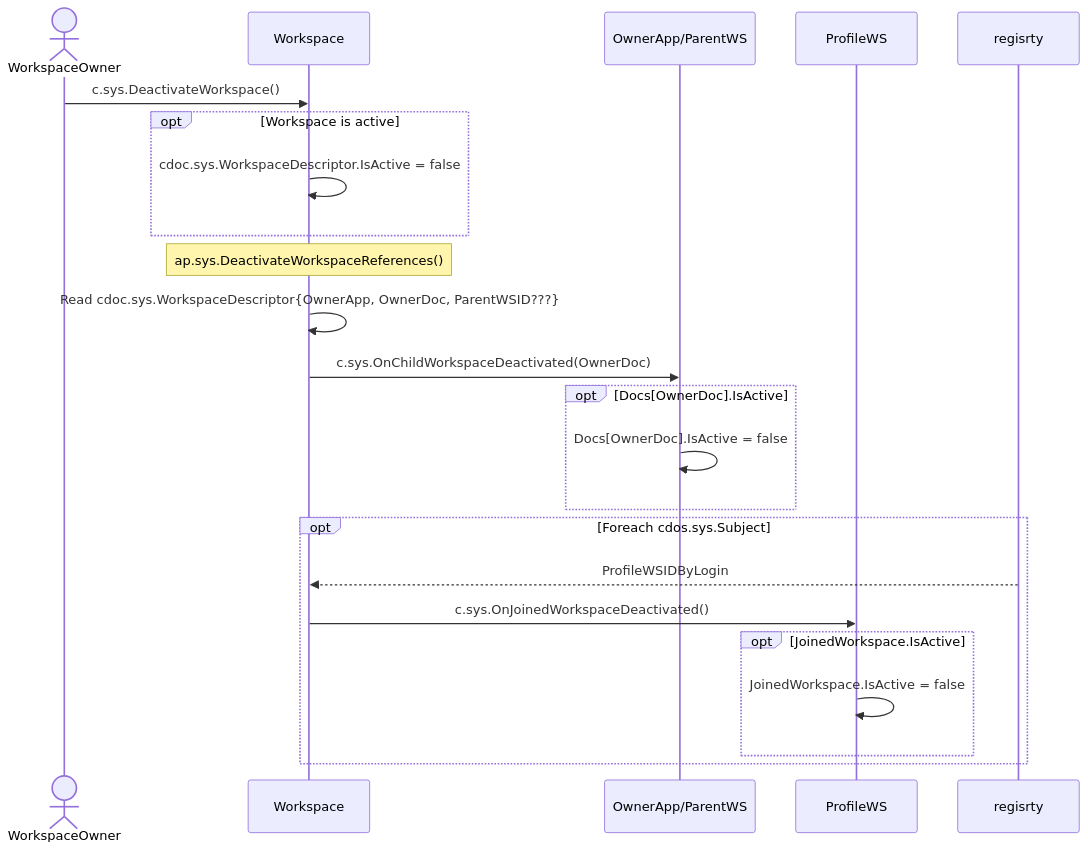
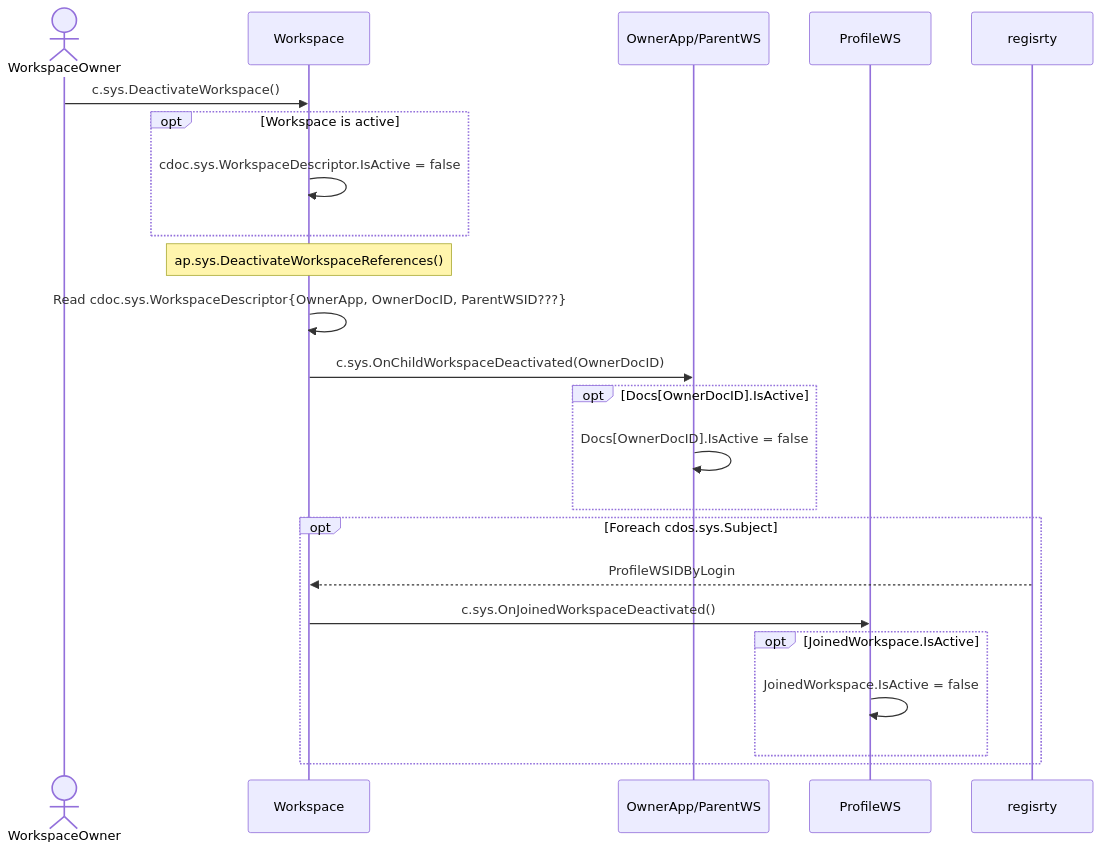
The second of 2 diagrams in design/workspaces/deactivate-workspace.md (voedger/voedger), drawn with Mermaid before and after one commit. The commit also changed other lines of this file, not shown here.

````diff
--- a/design/workspaces/deactivate-workspace.md
+++ b/design/workspaces/deactivate-workspace.md
@@ -40,31 +40,31 @@
 ```mermaid
     sequenceDiagram
-    
+
     actor owner as WorkspaceOwner
     participant ws as Workspace
     participant parent as OwnerApp/ParentWS
     participant profile as ProfileWS
     participant registry as regisrty
 
     owner ->> ws: c.sys.DeactivateWorkspace()
     opt Workspace is active
         ws ->> ws: cdoc.sys.WorkspaceDescriptor.IsActive = false
     end
 
     note over ws: ap.sys.DeactivateWorkspaceReferences()
-    ws ->> ws: Read cdoc.sys.WorkspaceDescriptor{OwnerApp, OwnerDoc, ParentWSID???}
+    ws ->> ws: Read cdoc.sys.WorkspaceDescriptor{OwnerApp, OwnerDocID, ParentWSID???}
 
-    ws ->> parent: c.sys.OnChildWorkspaceDeactivated(OwnerDoc)
+    ws ->> parent: c.sys.OnChildWorkspaceDeactivated(OwnerDocID)
 
-    opt Docs[OwnerDoc].IsActive
-      parent ->> parent: Docs[OwnerDoc].IsActive = false
+    opt Docs[OwnerDocID].IsActive
+      parent ->> parent: Docs[OwnerDocID].IsActive = false
     end
 
-    opt Foreach cdos.sys.Subject    
+    opt Foreach cdos.sys.Subject
         registry -->> ws : ProfileWSIDByLogin
         ws ->> profile: c.sys.OnJoinedWorkspaceDeactivated()
         opt JoinedWorkspace.IsActive
           profile ->> profile: JoinedWorkspace.IsActive = false
         end
     end
 ```
````
